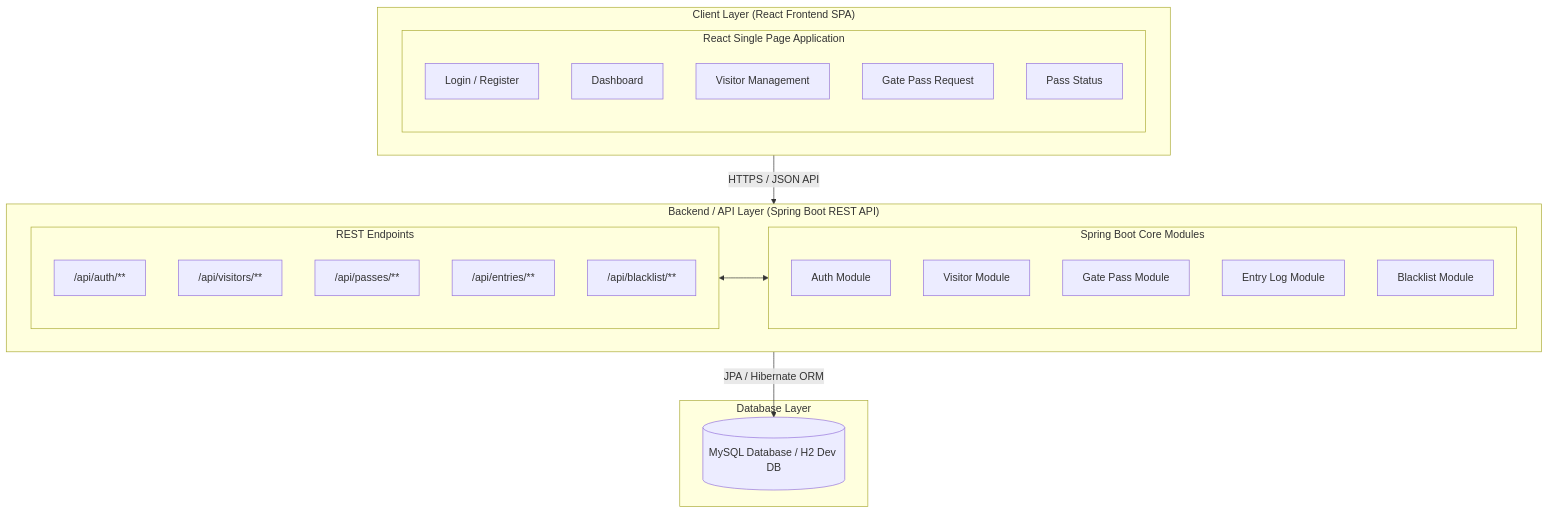
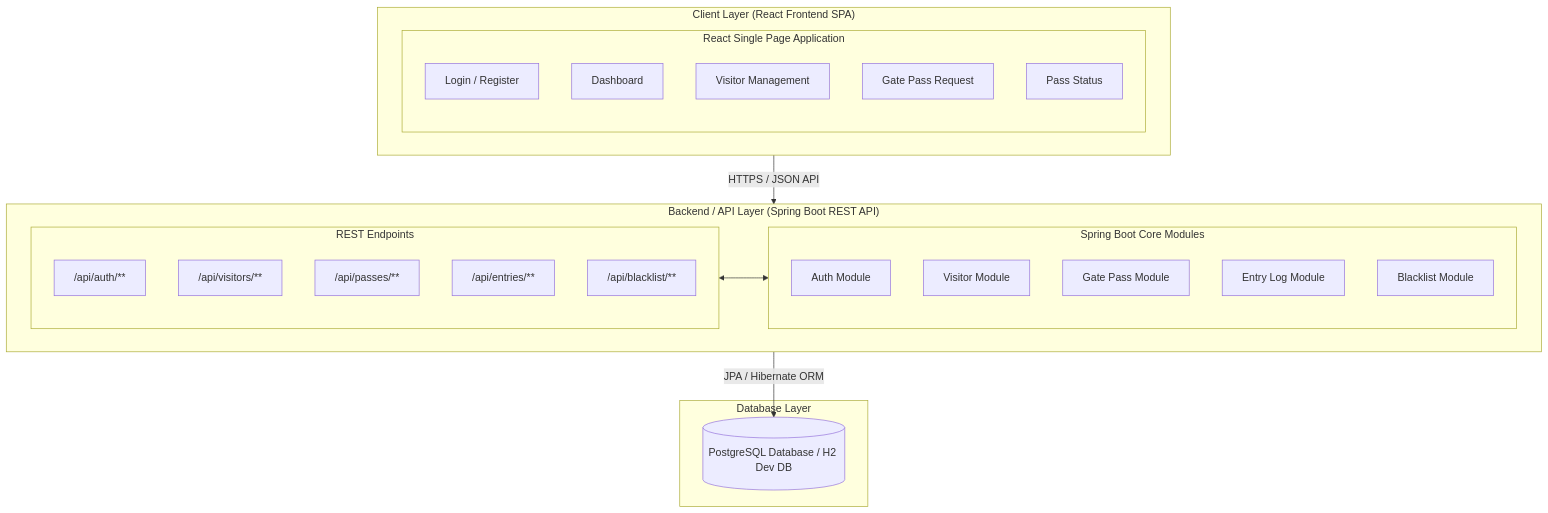
The first of 3 diagrams in README.md (failxstar/visitor-gate-pass-system), drawn with Mermaid before and after one commit. The commit also changed other lines of this file and 3 other files, not shown here.

Commit message:
chore: fix frontend linting errors and update docs for PostgreSQL

````diff
--- a/README.md
+++ b/README.md
@@ -41,43 +41,43 @@
 ```mermaid
 flowchart TB
     %% Client Layer
     subgraph ClientLayer ["Client Layer (React Frontend SPA)"]
         direction LR
         subgraph ReactApp ["React Single Page Application"]
             UI1["Login / Register"]
             UI2["Dashboard"]
             UI3["Visitor Management"]
             UI4["Gate Pass Request"]
             UI5["Pass Status"]
         end
     end
 
     %% Backend Layer
     subgraph BackendLayer ["Backend / API Layer (Spring Boot REST API)"]
         direction LR
         subgraph Modules ["Spring Boot Core Modules"]
             M1["Auth Module"]
             M2["Visitor Module"]
             M3["Gate Pass Module"]
             M4["Entry Log Module"]
             M5["Blacklist Module"]
         end
         subgraph RestAPI ["REST Endpoints"]
             EP1["/api/auth/**"]
             EP2["/api/visitors/**"]
             EP3["/api/passes/**"]
             EP4["/api/entries/**"]
             EP5["/api/blacklist/**"]
         end
     end
 
     %% Database Layer
     subgraph DatabaseLayer ["Database Layer"]
-        DB[("MySQL Database / H2 Dev DB")]
+        DB[("PostgreSQL Database / H2 Dev DB")]
     end
 
     %% Communication Flow
     ReactApp -->|"HTTPS / JSON API"| RestAPI
     RestAPI <--> Modules
     Modules -->|"JPA / Hibernate ORM"| DB
 ```
````
